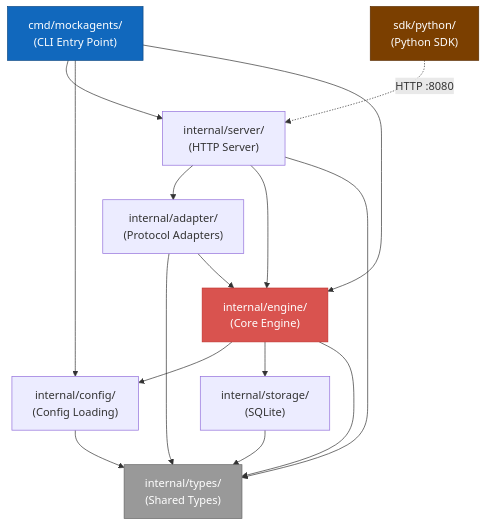
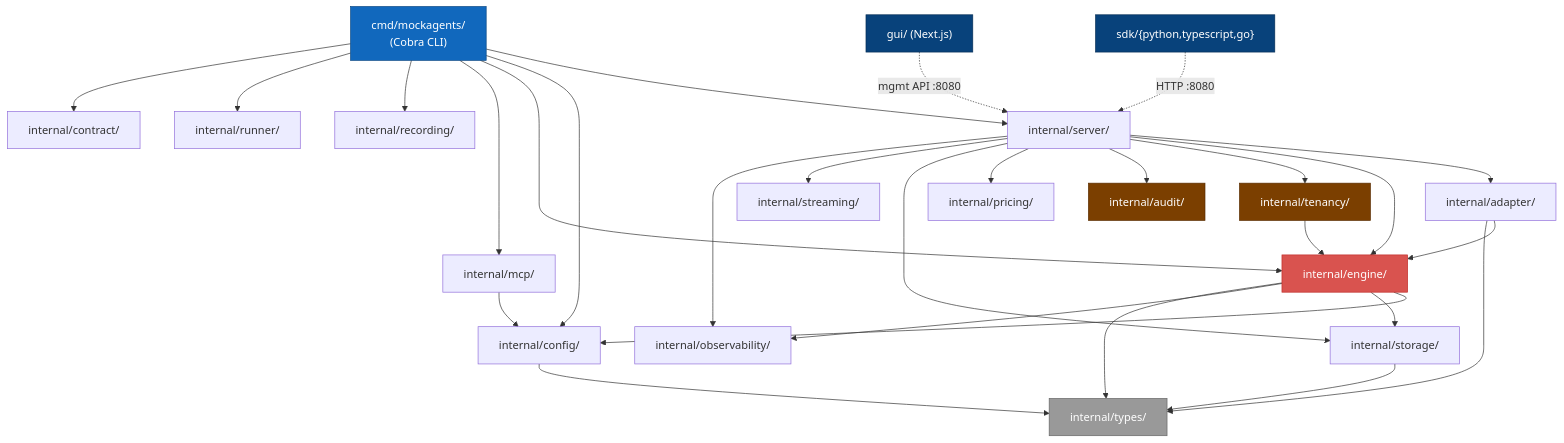
Before and after one commit to mockagents/mockagents: the fifth of 11 diagrams in docs/architecture-diagrams.md, drawn with Mermaid. The commit also changed other lines of this file and 5 other files, not shown here.

First line of the commit message:
docs: refresh changelog, architecture diagrams, and README for v0.2/v0.3

````diff
--- a/docs/architecture-diagrams.md
+++ b/docs/architecture-diagrams.md
@@ -163,32 +243,59 @@
 ```mermaid
 flowchart TD
-    cmd["cmd/mockagents/\n(CLI Entry Point)"]
-    server["internal/server/\n(HTTP Server)"]
-    adapter["internal/adapter/\n(Protocol Adapters)"]
-    engine["internal/engine/\n(Core Engine)"]
-    config["internal/config/\n(Config Loading)"]
-    storage["internal/storage/\n(SQLite)"]
-    types["internal/types/\n(Shared Types)"]
-    pythonsdk["sdk/python/\n(Python SDK)"]
+    cmd["cmd/mockagents/<br/>(Cobra CLI)"]
+    server["internal/server/"]
+    adapter["internal/adapter/"]
+    engine["internal/engine/"]
+    mcp["internal/mcp/"]
+    tenancy["internal/tenancy/"]
+    audit["internal/audit/"]
+    pricing["internal/pricing/"]
+    recording["internal/recording/"]
+    streaming["internal/streaming/"]
+    config["internal/config/"]
+    storage["internal/storage/"]
+    observability["internal/observability/"]
+    runner["internal/runner/"]
+    contract["internal/contract/"]
+    types["internal/types/"]
+
+    sdks["sdk/{python,typescript,go}"]
+    gui["gui/ (Next.js)"]
 
     cmd --> server
     cmd --> config
     cmd --> engine
+    cmd --> mcp
+    cmd --> recording
+    cmd --> runner
+    cmd --> contract
     server --> adapter
     server --> engine
-    server --> types
+    server --> tenancy
+    server --> audit
+    server --> pricing
+    server --> storage
+    server --> streaming
+    server --> observability
+    adapter --> engine
     adapter --> types
-    adapter --> engine
     engine --> config
     engine --> storage
+    engine --> observability
     engine --> types
+    tenancy --> engine
     config --> types
     storage --> types
+    mcp --> config
 
-    pythonsdk -.->|"HTTP :8080"| server
+    sdks -.->|"HTTP :8080"| server
+    gui -.->|"mgmt API :8080"| server
 
     style cmd fill:#1168bd,stroke:#0b4884,color:#fff
     style engine fill:#d9534f,stroke:#c12e2a,color:#fff
     style types fill:#999,stroke:#666,color:#fff
-    style pythonsdk fill:#7b3f00,stroke:#5a2d00,color:#fff
+    style tenancy fill:#7b3f00,stroke:#5a2d00,color:#fff
+    style audit fill:#7b3f00,stroke:#5a2d00,color:#fff
+    style sdks fill:#08427b,stroke:#052e56,color:#fff
+    style gui fill:#08427b,stroke:#052e56,color:#fff
 ```
````
